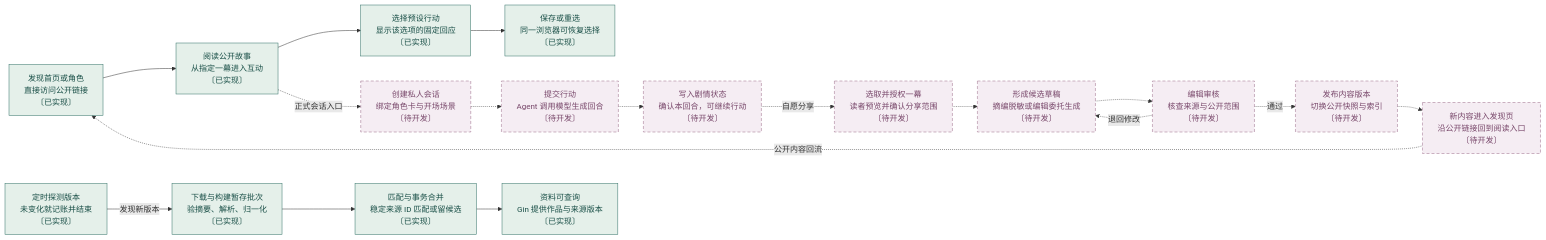
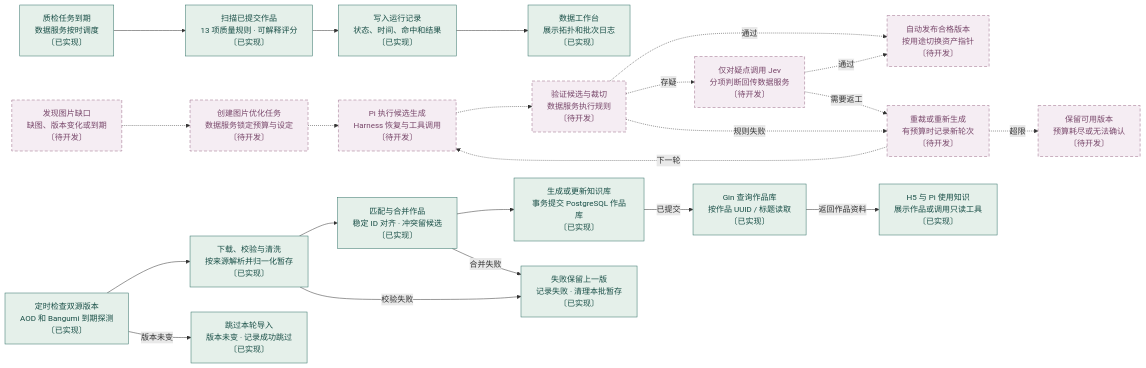
One commit to bluedao10000/player changed the diagram in docs/diagrams/business.mmd. Above: the diagram before and after it, drawn with Mermaid. The commit also changed 44 other files, not shown here.

Commit message:
完善作品知识治理、数据工作台与图片试稿，核验架构实现边界

```diff
--- a/docs/diagrams/business.mmd
+++ b/docs/diagrams/business.mmd
@@ -1,39 +1,48 @@
 %% 潮汐邮局 · 业务流程图 · 2026-11-18
 flowchart LR
-  entry["发现首页或角色<br/>直接访问公开链接<br/>〔已实现〕"]:::live
-  story["阅读公开故事<br/>从指定一幕进入互动<br/>〔已实现〕"]:::live
-  choice["选择预设行动<br/>显示该选项的固定回应<br/>〔已实现〕"]:::live
-  local["保存或重选<br/>同一浏览器可恢复选择<br/>〔已实现〕"]:::live
-  session["创建私人会话<br/>绑定角色卡与开场场景<br/>〔待开发〕"]:::planned
-  action["提交行动<br/>Agent 调用模型生成回合<br/>〔待开发〕"]:::planned
-  turn["写入剧情状态<br/>确认本回合，可继续行动<br/>〔待开发〕"]:::planned
-  consent["选取并授权一幕<br/>读者预览并确认分享范围<br/>〔待开发〕"]:::planned
-  draft["形成候选草稿<br/>摘编脱敏或编辑委托生成<br/>〔待开发〕"]:::planned
-  review["编辑审核<br/>核查来源与公开范围<br/>〔待开发〕"]:::planned
-  publish["发布内容版本<br/>切换公开快照与索引<br/>〔待开发〕"]:::planned
-  rediscover["新内容进入发现页<br/>沿公开链接回到阅读入口<br/>〔待开发〕"]:::planned
-  probe["定时探测版本<br/>未变化就记账并结束<br/>〔已实现〕"]:::live
-  stage["下载与构建暂存批次<br/>验摘要、解析、归一化<br/>〔已实现〕"]:::live
-  merge["匹配与事务合并<br/>稳定来源 ID 匹配或留候选<br/>〔已实现〕"]:::live
-  available["资料可查询<br/>Gin 提供作品与来源版本<br/>〔已实现〕"]:::live
-  entry --> story
-  story --> choice
-  choice --> local
-  session -.-> action
-  action -.-> turn
-  turn -.->|自愿分享| consent
-  draft -.-> review
-  review -.->|通过| publish
-  publish -.-> rediscover
-  probe -->|发现新版本| stage
-  stage --> merge
-  merge --> available
-  story -.->|正式会话入口| session
-  consent -.-> draft
-  rediscover -.->|公开内容回流| entry
-  review -.->|退回修改| draft
+  trigger["定时检查双源版本<br/>AOD 和 Bangumi 到期探测<br/>〔已实现〕"]:::live
+  stage["下载、校验与清洗<br/>按来源解析并归一化暂存<br/>〔已实现〕"]:::live
+  publish["匹配与合并作品<br/>稳定 ID 对齐 · 冲突留候选<br/>〔已实现〕"]:::live
+  reader["生成或更新知识库<br/>事务提交 PostgreSQL 作品库<br/>〔已实现〕"]:::live
+  clock["质检任务到期<br/>数据服务按时调度<br/>〔已实现〕"]:::live
+  rules["扫描已提交作品<br/>13 项质量规则 · 可解释评分<br/>〔已实现〕"]:::live
+  audit["写入运行记录<br/>状态、时间、命中和结果<br/>〔已实现〕"]:::live
+  observe["数据工作台<br/>展示拓扑和批次日志<br/>〔已实现〕"]:::live
+  gap["发现图片缺口<br/>缺图、版本变化或到期<br/>〔待开发〕"]:::planned
+  job["创建图片优化任务<br/>数据服务锁定预算与设定<br/>〔待开发〕"]:::planned
+  agent["Pi 执行候选生成<br/>Harness 恢复与工具调用<br/>〔待开发〕"]:::planned
+  check["验证候选与裁切<br/>数据服务执行规则<br/>〔待开发〕"]:::planned
+  fallback["保留可用版本<br/>预算耗尽或无法确认<br/>〔待开发〕"]:::planned
+  redo["重裁或重新生成<br/>有预算时记录新轮次<br/>〔待开发〕"]:::planned
+  judge["仅对疑点调用 Jev<br/>分项判断回传数据服务<br/>〔待开发〕"]:::planned
+  live["自动发布合格版本<br/>按用途切换资产指针<br/>〔待开发〕"]:::planned
+  skip["跳过本轮导入<br/>版本未变 · 记录成功跳过<br/>〔已实现〕"]:::live
+  failed["失败保留上一版<br/>记录失败 · 清理本批暂存<br/>〔已实现〕"]:::live
+  readapi["Gin 查询作品库<br/>按作品 UUID / 标题读取<br/>〔已实现〕"]:::live
+  use["H5 与 Pi 使用知识<br/>展示作品或调用只读工具<br/>〔已实现〕"]:::live
+  trigger --> stage
+  stage --> publish
+  publish --> reader
+  clock --> rules
+  rules --> audit
+  audit --> observe
+  gap -.-> job
+  job -.-> agent
+  agent -.-> check
+  check -.->|通过| live
+  check -.->|存疑| judge
+  judge -.->|通过| live
+  judge -.->|需要返工| redo
+  check -.->|规则失败| redo
+  redo -.->|超限| fallback
+  redo -.->|下一轮| agent
+  trigger -->|版本未变| skip
+  stage -->|校验失败| failed
+  publish -->|合并失败| failed
+  reader -->|已提交| readapi
+  readapi -->|返回作品资料| use
   classDef live fill:#e5f0ea,stroke:#317167,color:#184e46
   classDef planned fill:#f5edf3,stroke:#986987,color:#78476a,stroke-dasharray:6 4
   classDef external fill:#f2eadb,stroke:#aa8954,color:#765929
   classDef area fill:#e5e9e6,stroke:#7a8b89,color:#425557
   classDef brand fill:#27454c,stroke:#27454c,color:#ffffff
```
